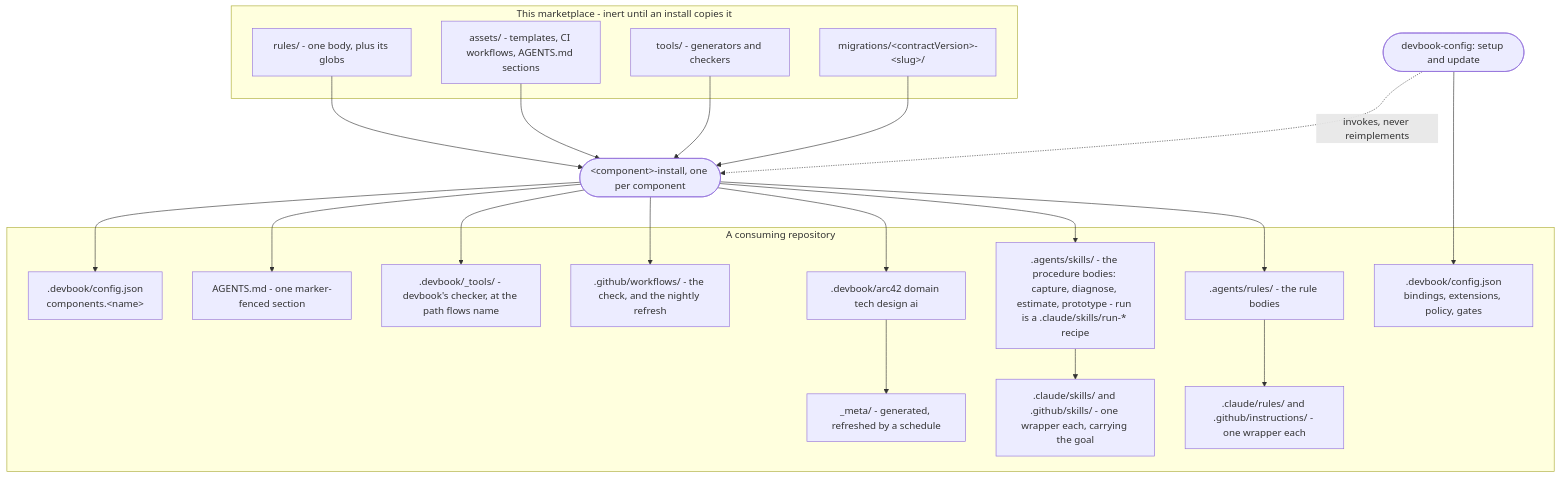
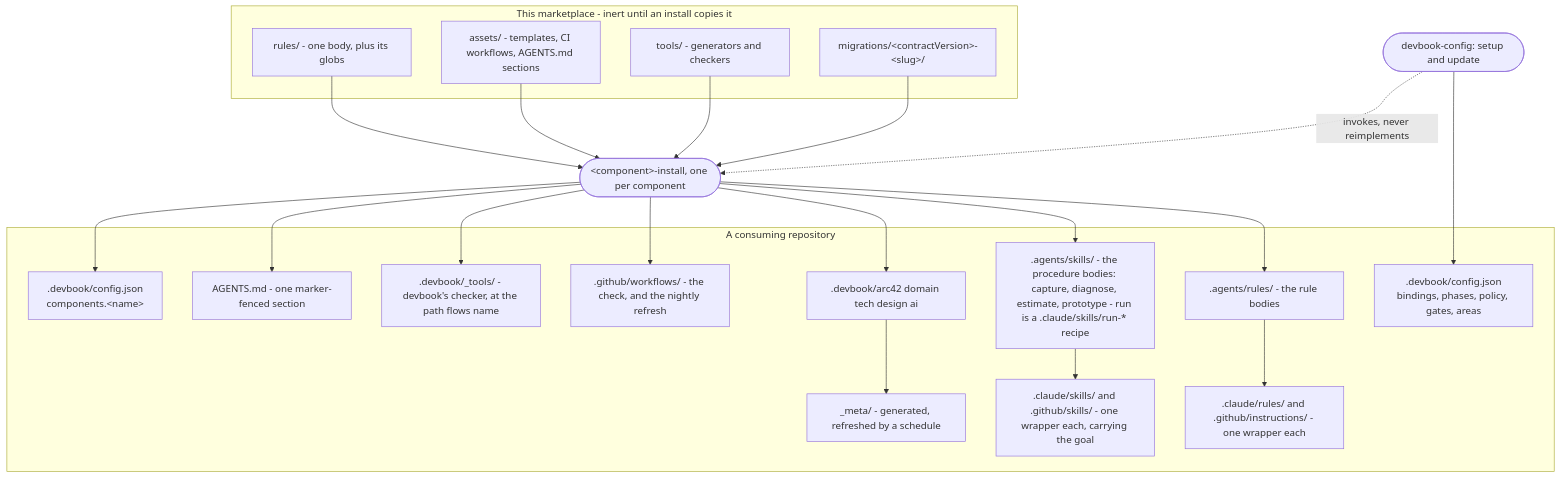
One commit to JSdotNet/ai-agent-stack changed the third of 3 diagrams in .devbook/arc42/05-building-block-view.md. Above: the diagram before and after it, drawn with Mermaid. The commit also changed other lines of this file and 10 other files, not shown here.

````diff
--- a/.devbook/arc42/05-building-block-view.md
+++ b/.devbook/arc42/05-building-block-view.md
@@ -234,43 +234,43 @@
 ```mermaid
 flowchart TB
     subgraph mp["This marketplace - inert until an install copies it"]
         pr["rules/ - one body, plus its globs"]
         pa["assets/ - templates, CI workflows, AGENTS.md sections"]
         pt["tools/ - generators and checkers"]
         pm["migrations/&lt;contractVersion&gt;-&lt;slug&gt;/"]
     end
 
     setup(["devbook-config: setup and update"])
     inst(["&lt;component&gt;-install, one per component"])
 
     subgraph repo["A consuming repository"]
         ar[".agents/rules/ - the rule bodies"]
         cw[".claude/rules/ and .github/instructions/ - one wrapper each"]
         sk[".agents/skills/ - the procedure bodies: capture, diagnose, estimate, prototype - run is a .claude/skills/run-* recipe"]
         sw[".claude/skills/ and .github/skills/ - one wrapper each, carrying the goal"]
         folders[".devbook/arc42 domain tech design ai"]
         meta["_meta/ - generated, refreshed by a schedule"]
         wf[".github/workflows/ - the check, and the nightly refresh"]
         tools[".devbook/_tools/ - devbook's checker, at the path flows name"]
         agents["AGENTS.md - one marker-fenced section"]
-        cfgE[".devbook/config.json<br/>bindings, extensions, policy, gates"]
+        cfgE[".devbook/config.json<br/>bindings, phases, policy, gates, areas"]
         cfgC[".devbook/config.json<br/>components.&lt;name&gt;"]
     end
 
     pr --> inst
     pa --> inst
     pt --> inst
     pm --> inst
     inst --> ar
     ar --> cw
     inst --> sk
     sk --> sw
     inst --> folders
     inst --> wf
     inst --> tools
     inst --> agents
     inst --> cfgC
     setup --> cfgE
     setup -.->|"invokes, never reimplements"| inst
     folders --> meta
 ```
````
